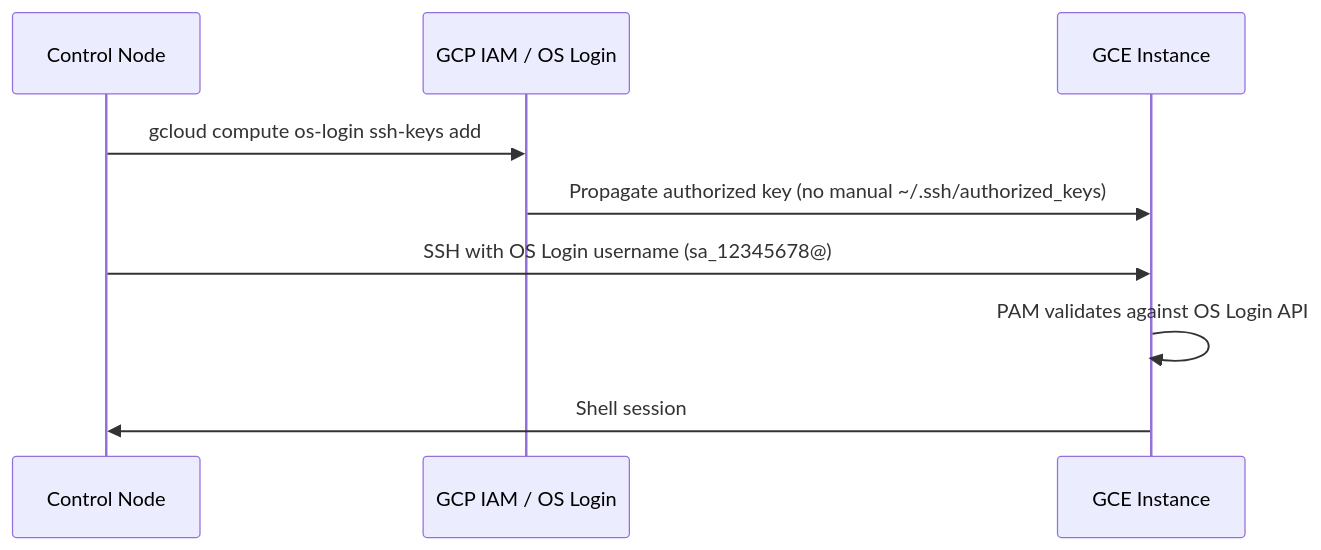
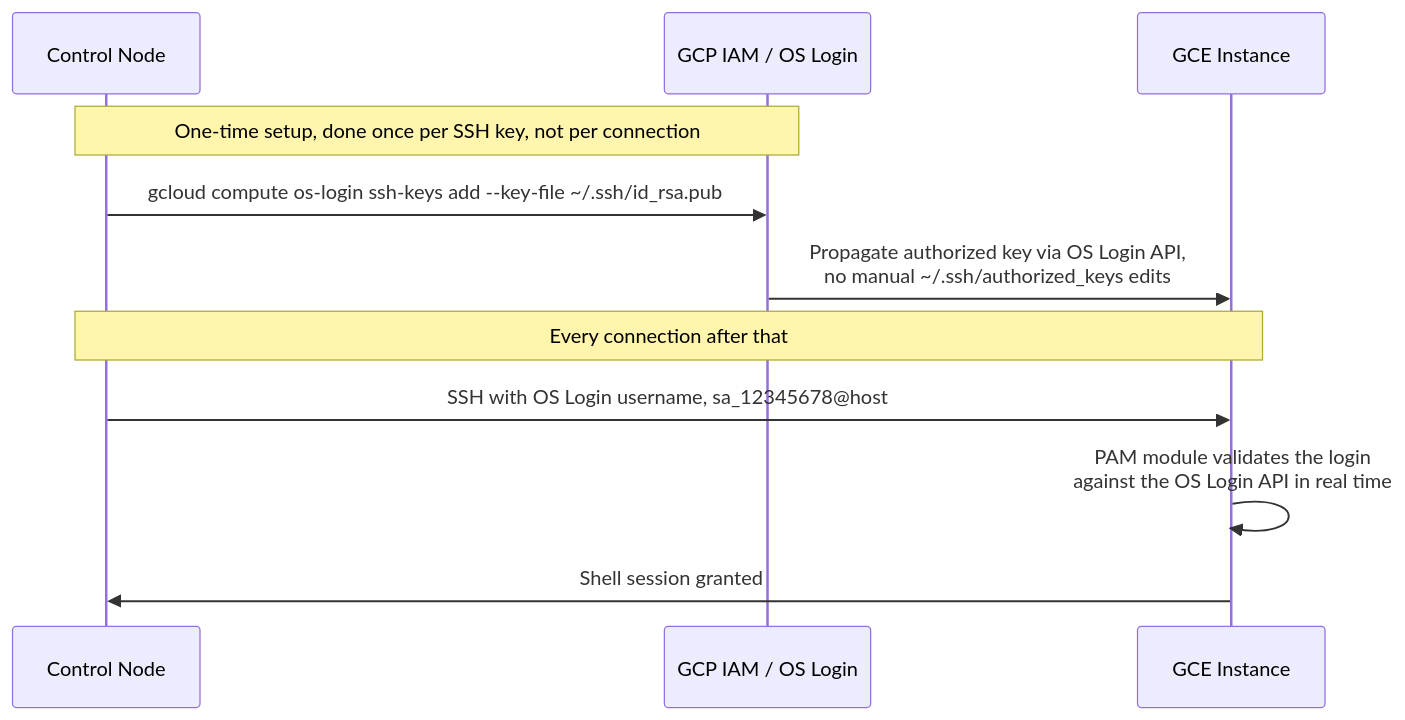
One commit to deepanshu-rawat6/DevOpsIndex changed the third of 5 diagrams in iac/ansible/cloud-integration.md. Above: the diagram before and after it, drawn with Mermaid. The commit also changed other lines of this file and 17 other files, not shown here.

````diff
--- a/iac/ansible/cloud-integration.md
+++ b/iac/ansible/cloud-integration.md
@@ -330,12 +405,16 @@
 ```mermaid
 sequenceDiagram
     participant C as Control Node
     participant G as GCP IAM / OS Login
     participant VM as GCE Instance
 
-    C->>G: gcloud compute os-login ssh-keys add
-    G->>VM: Propagate authorized key (no manual ~/.ssh/authorized_keys)
-    C->>VM: SSH with OS Login username (sa_12345678@)
-    VM->>VM: PAM validates against OS Login API
-    VM->>C: Shell session
+    Note over C,G: One-time setup, done once per SSH key, not per connection
+    C->>G: gcloud compute os-login ssh-keys add --key-file ~/.ssh/id_rsa.pub
+
+    G->>VM: Propagate authorized key via OS Login API,<br/>no manual ~/.ssh/authorized_keys edits
+
+    Note over C,VM: Every connection after that
+    C->>VM: SSH with OS Login username, sa_12345678@host
+    VM->>VM: PAM module validates the login<br/>against the OS Login API in real time
+    VM->>C: Shell session granted
 ```
````
